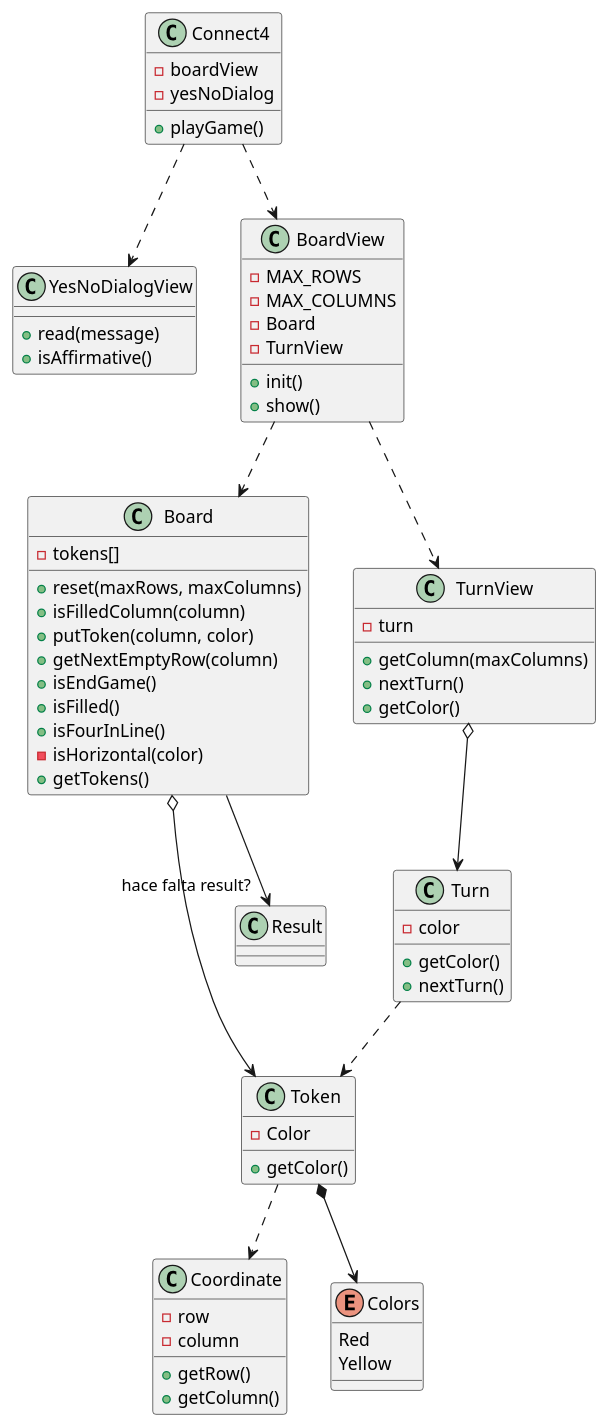
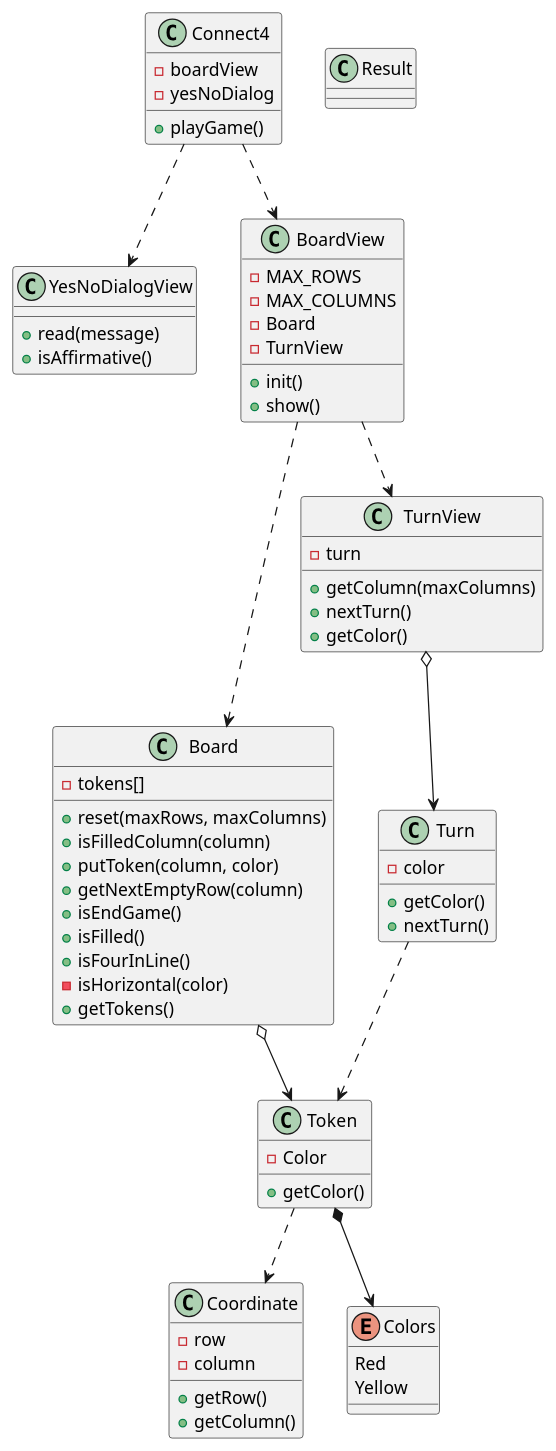
One commit to jumpering/connect4 changed the diagram in UML/softwareModel.puml. Above: the diagram before and after it, drawn with PlantUML. The commit also changed 1 other file, not shown here.

```diff
--- a/UML/softwareModel.puml
+++ b/UML/softwareModel.puml
@@ -1,77 +1,76 @@
 @startuml
 
 class Connect4{
     - boardView
     - yesNoDialog
     + playGame()
 }
 class YesNoDialogView{
     + read(message)
     + isAffirmative()
 }
 class Board{
     - tokens[]
     + reset(maxRows, maxColumns)
     + isFilledColumn(column)
     + putToken(column, color)
     + getNextEmptyRow(column)
     + isEndGame()
     + isFilled()
     + isFourInLine()
     - isHorizontal(color)
     + getTokens()
 }
 class BoardView{
     - MAX_ROWS
     - MAX_COLUMNS
     - Board
     - TurnView
     + init()
     + show()
 }
 class Coordinate{
     - row
     - column
     + getRow()
     + getColumn()
 }
 class Token{
     - Color
     + getColor()
 }
 class TurnView{
     - turn
     + getColumn(maxColumns)
     + nextTurn()
     + getColor()
 }
 
 class Turn{
     - color
     + getColor()
     + nextTurn()
 }
 
 class Result
 
 enum Colors{
 Red
 Yellow
 }
 
 Connect4 ..> BoardView
 Connect4 ..> YesNoDialogView
 
 BoardView ..> Board
 BoardView ..> TurnView
 TurnView o--> Turn
-Board --> "hace falta result?" Result
 
 Board o--> Token
 
 Turn ..> Token
 
 
 Token *--> Colors
 Token ..> Coordinate
 @enduml
```
